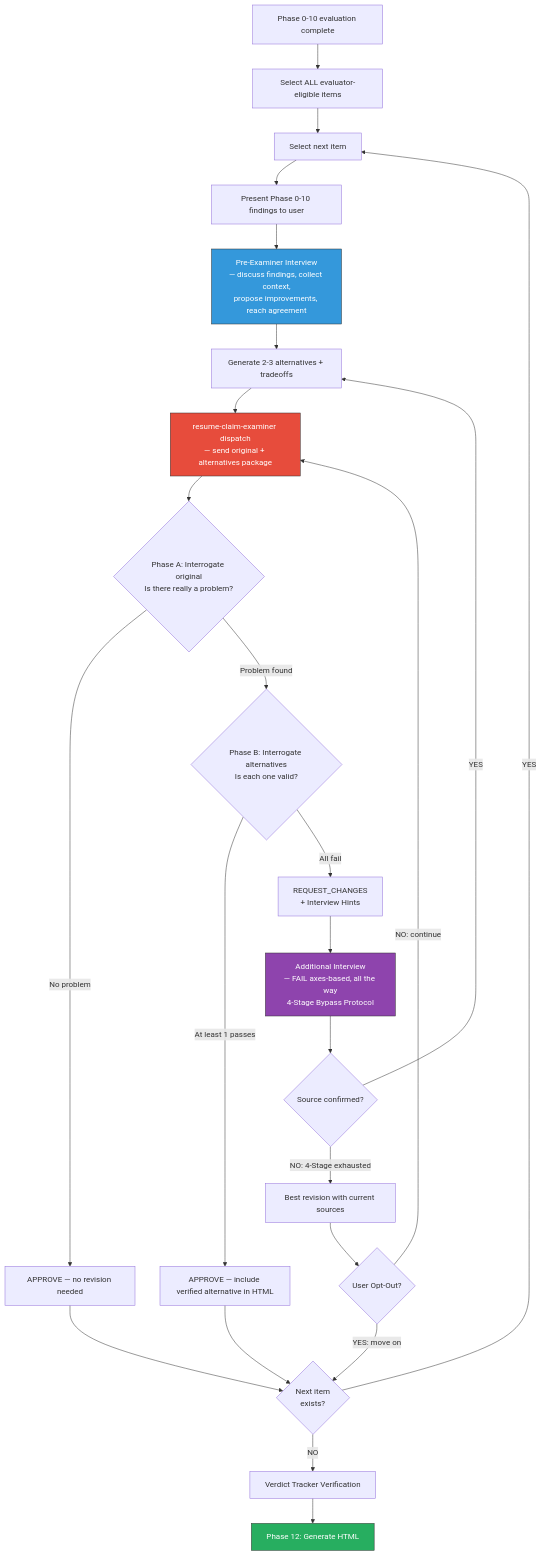
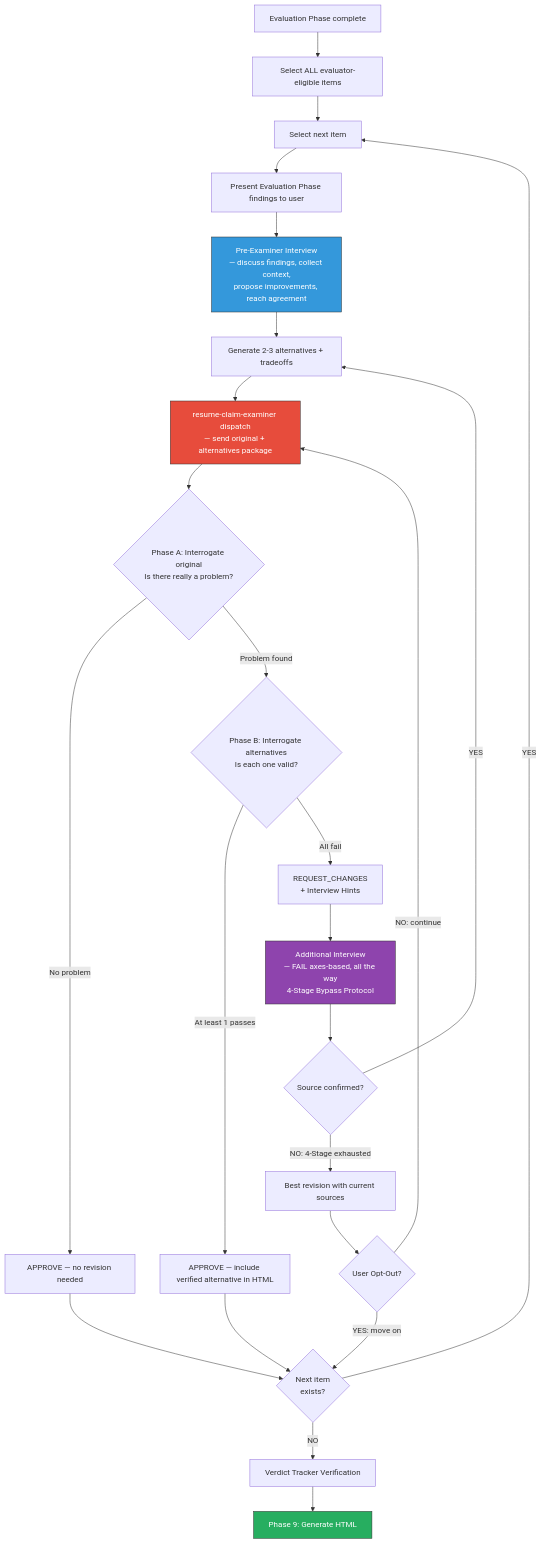
Before and after one commit to toongri/oh-my-toong-playground: the diagram in skills/review-resume/references/content-quality-gate.md, drawn with Mermaid. The commit also changed other lines of this file and 16 other files, not shown here.

````diff
--- a/skills/review-resume/references/content-quality-gate.md
+++ b/skills/review-resume/references/content-quality-gate.md
@@ -304,36 +304,36 @@
 ```mermaid
 flowchart TB
-    A[Phase 0-10 evaluation complete] --> B[Select ALL evaluator-eligible items]
+    A[Evaluation Phase complete] --> B[Select ALL evaluator-eligible items]
     B --> C[Select next item]
-    C --> PRESENT[Present Phase 0-10 findings to user]
+    C --> PRESENT[Present Evaluation Phase findings to user]
     PRESENT --> INTERVIEW_PRE[Pre-Examiner Interview\n— discuss findings, collect context,\npropose improvements, reach agreement]
     INTERVIEW_PRE --> D[Generate 2-3 alternatives + tradeoffs]
     D --> H[resume-claim-examiner dispatch\n— send original + alternatives package]
 
     H --> DIAG{Phase A: Interrogate original\nIs there really a problem?}
     DIAG -->|No problem| APPROVE_ORIG[APPROVE — no revision needed]
     DIAG -->|Problem found| ALTEVAL{Phase B: Interrogate alternatives\nIs each one valid?}
 
     ALTEVAL -->|At least 1 passes| APPROVE_ALT[APPROVE — include verified alternative in HTML]
     ALTEVAL -->|All fail| K[REQUEST_CHANGES\n+ Interview Hints]
 
     K --> L[Additional Interview\n— FAIL axes-based, all the way\n4-Stage Bypass Protocol]
     L --> M{Source confirmed?}
     M -->|YES| D
     M -->|NO: 4-Stage exhausted| N[Best revision with current sources]
     N --> O{User Opt-Out?}
     O -->|YES: move on| J
     O -->|NO: continue| H
 
     APPROVE_ORIG --> J{Next item\nexists?}
     APPROVE_ALT --> J
 
     J -->|YES| C
     J -->|NO| VERDICT[Verdict Tracker Verification]
-    VERDICT --> P[Phase 12: Generate HTML]
+    VERDICT --> P[Phase 9: Generate HTML]
 
     style H fill:#e74c3c,stroke:#333,color:#fff
     style INTERVIEW_PRE fill:#3498db,stroke:#333,color:#fff
     style L fill:#8e44ad,stroke:#333,color:#fff
     style P fill:#27ae60,stroke:#333,color:#fff
 ```
````
